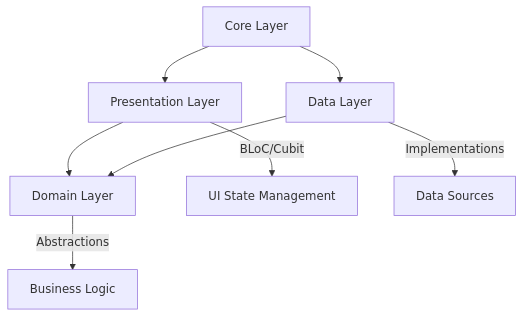
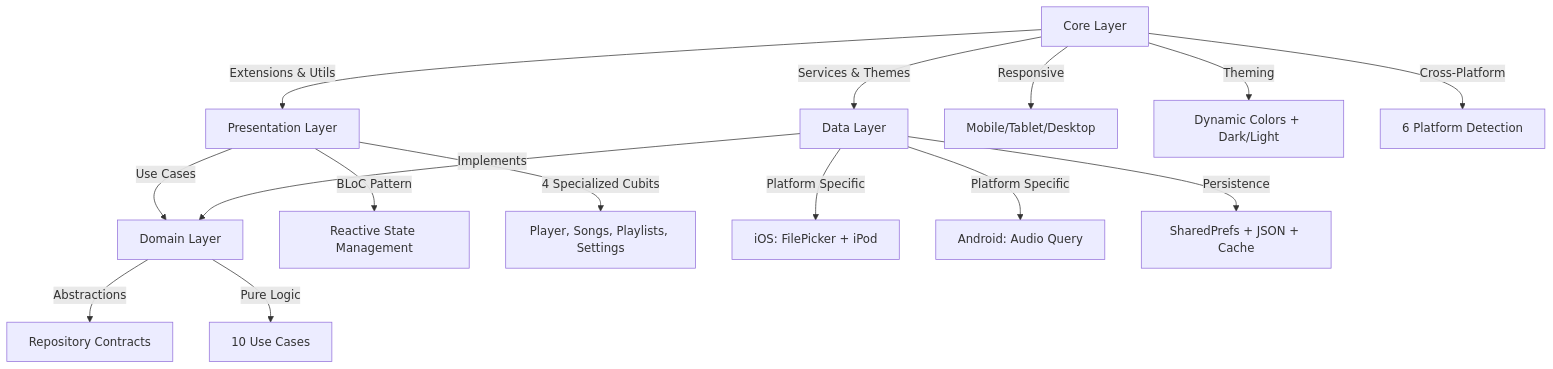
One commit to ameza-bit/sonofy changed the diagram in documentation/architecture/clean-architecture.md. Above: the diagram before and after it, drawn with Mermaid. The commit also changed other lines of this file and 4 other files, not shown here.

````diff
--- a/documentation/architecture/clean-architecture.md
+++ b/documentation/architecture/clean-architecture.md
@@ -122,11 +161,18 @@
 ```mermaid
 graph TD
-    A[Presentation Layer] --> B[Domain Layer]
-    C[Data Layer] --> B
-    D[Core Layer] --> A
-    D --> C
+    A[Presentation Layer] -->|Use Cases| B[Domain Layer]
+    C[Data Layer] -->|Implements| B
+    D[Core Layer] -->|Extensions & Utils| A
+    D -->|Services & Themes| C
     
-    A --> |BLoC/Cubit| E[UI State Management]
-    B --> |Abstractions| F[Business Logic]
-    C --> |Implementations| G[Data Sources]
+    A -->|BLoC Pattern| E[Reactive State Management]
+    A -->|4 Specialized Cubits| F[Player, Songs, Playlists, Settings]
+    B -->|Abstractions| G[Repository Contracts]
+    B -->|Pure Logic| H[10 Use Cases]
+    C -->|Platform Specific| I[iOS: FilePicker + iPod]
+    C -->|Platform Specific| J[Android: Audio Query]
+    C -->|Persistence| K[SharedPrefs + JSON + Cache]
+    D -->|Responsive| L[Mobile/Tablet/Desktop]
+    D -->|Theming| M[Dynamic Colors + Dark/Light]
+    D -->|Cross-Platform| N[6 Platform Detection]
 ```
````
